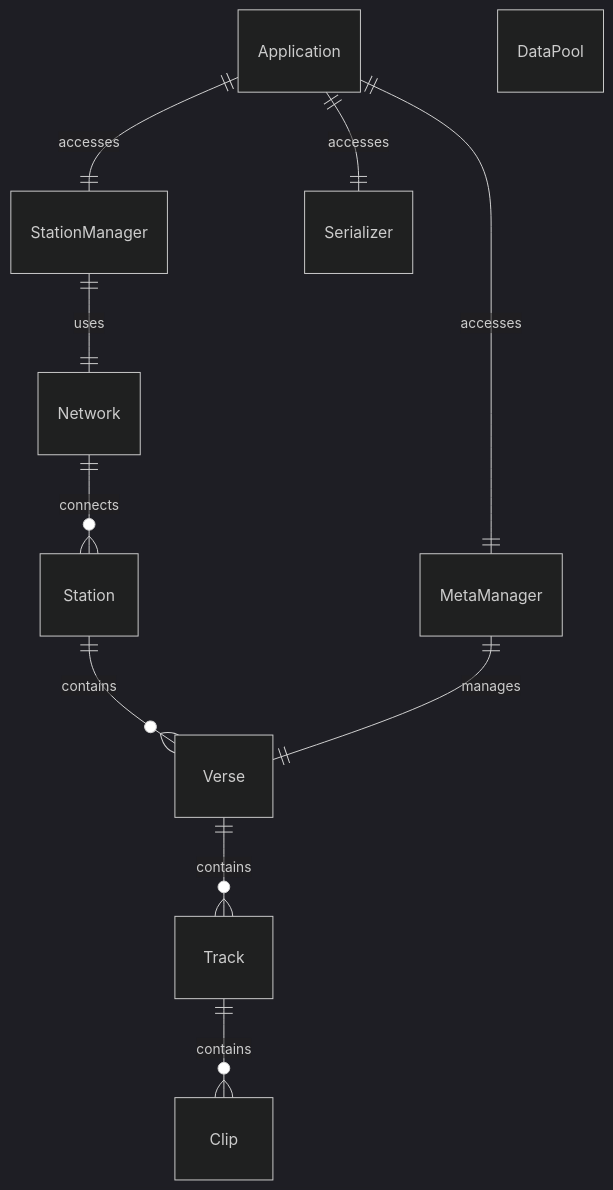
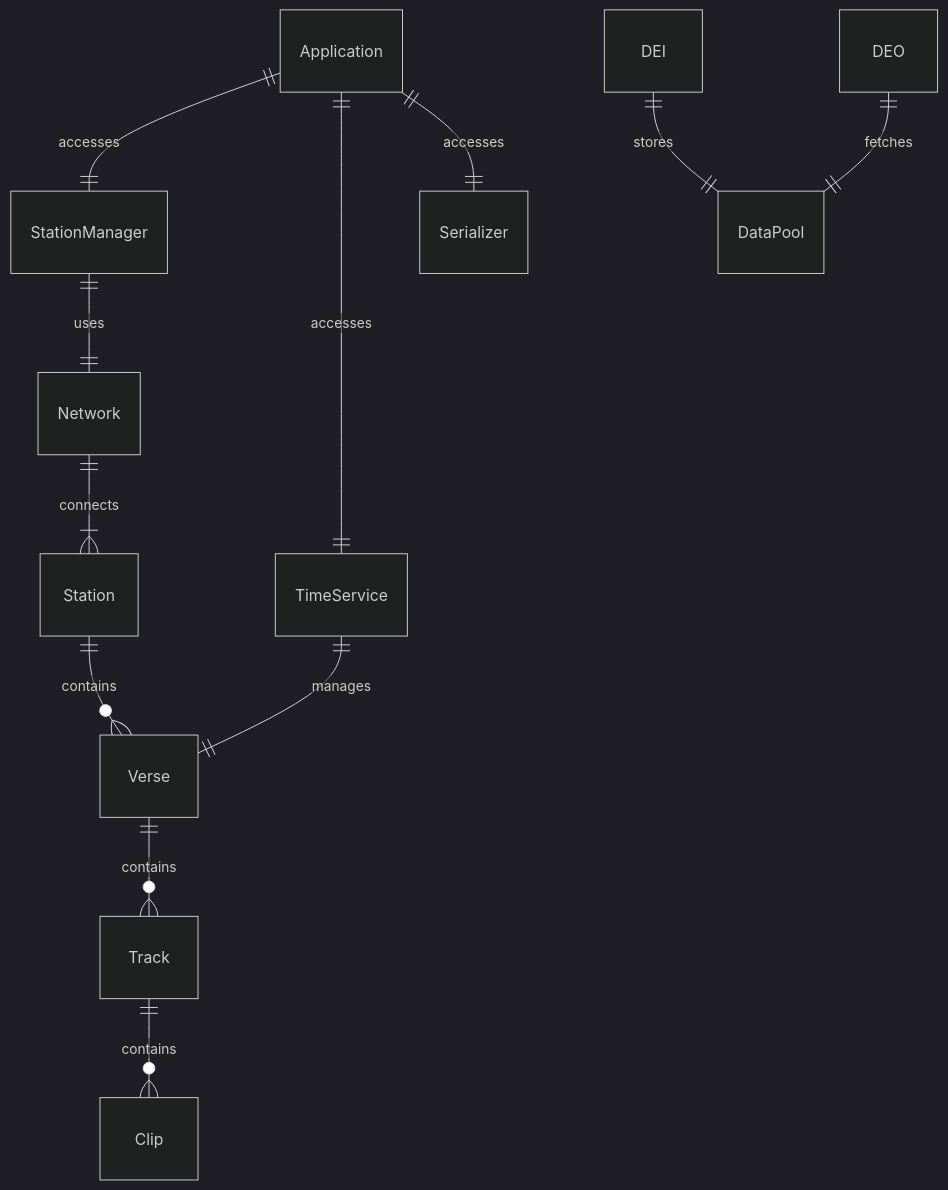
The diagram in docs/Entities.mermaid (Star-Plus/Acture), drawn with Mermaid (dark theme) before and after one commit. The commit also changed 17 other files, not shown here.

```diff
--- a/docs/Entities.mermaid
+++ b/docs/Entities.mermaid
@@ -1,22 +1,25 @@
 erDiagram
     Application
     StationManager
-    MetaManager
+    TimeService
     Station
     Serializer
     Network
     Verse
+    DEI
+    DEO
     Track
     Clip
     DataPool
 
     Application ||--|| StationManager : accesses
-    Application ||--|| MetaManager : accesses
+    Application ||--|| TimeService : accesses
     Application ||--|| Serializer : accesses
     StationManager || -- || Network : uses
-    Network || -- o{ Station : connects
+    Network || -- |{ Station : connects
     Station || -- o{ Verse : contains
     Verse || -- o{ Track : contains
     Track || -- o{ Clip : contains
-
-    MetaManager || -- || Verse : manages
+    DEI || -- || DataPool : stores
+    DEO || -- || DataPool : fetches
+    TimeService || -- || Verse : manages
```
